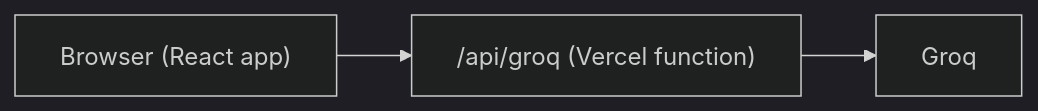
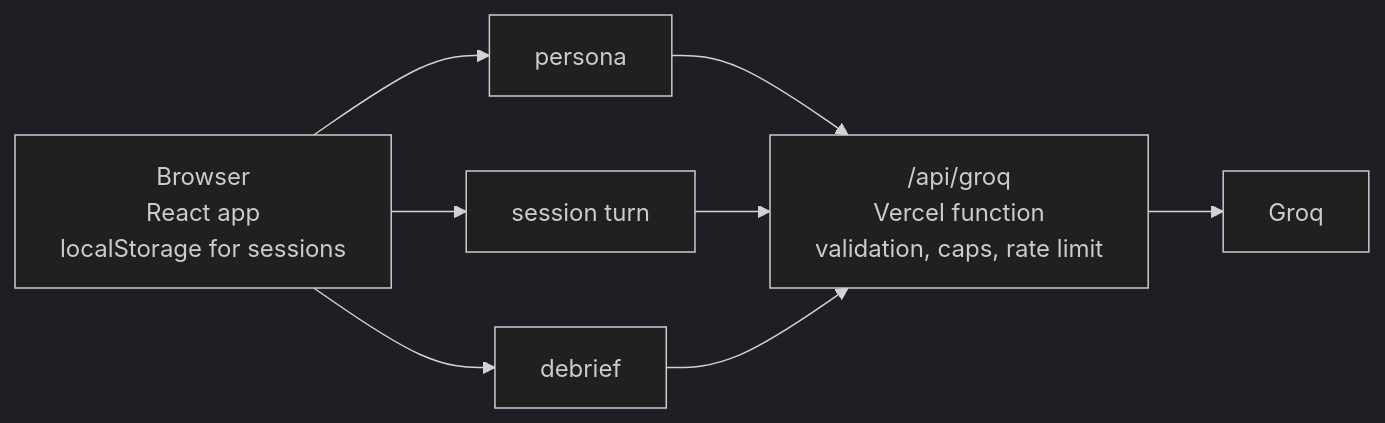
Before and after one commit to Pranavpp7/preproom: the diagram in README.md, drawn with Mermaid (dark theme). The commit also changed other lines of this file, not shown here.

````diff
--- a/README.md
+++ b/README.md
@@ -68,5 +68,17 @@
 ```mermaid
 flowchart LR
-  Browser["Browser (React app)"] --> API["/api/groq (Vercel function)"]
-  API --> Groq["Groq"]
+  Browser["Browser<br/>React app<br/>localStorage for sessions"]
+  Persona["persona"]
+  Session["session turn"]
+  Debrief["debrief"]
+  API["/api/groq<br/>Vercel function<br/>validation, caps, rate limit"]
+  Groq["Groq"]
+
+  Browser --> Persona
+  Browser --> Session
+  Browser --> Debrief
+  Persona --> API
+  Session --> API
+  Debrief --> API
+  API --> Groq
 ```
````
